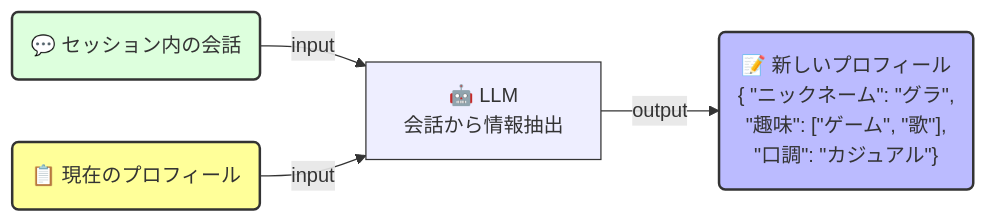
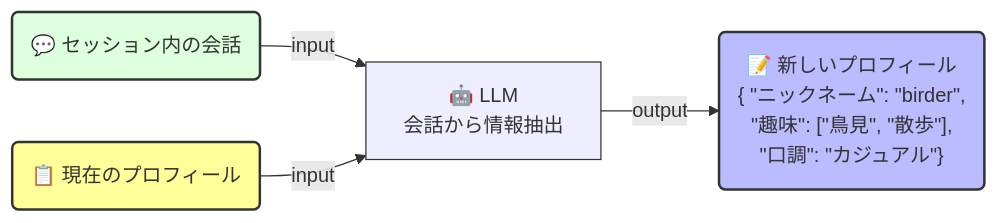
Before and after one commit to birdwatcherYT/ai-talks7: the diagram in fig/profile-extraction.md, drawn with Mermaid. The commit also changed 10 other files, not shown here.

````diff
--- a/fig/profile-extraction.md
+++ b/fig/profile-extraction.md
@@ -1,18 +1,18 @@
 ```mermaid
 flowchart LR
     Conv("💬 セッション内の会話")
     Profile("📋 現在のプロフィール")
 
     LLM["🤖 LLM<br>会話から情報抽出"]
 
-    NewProfile("📝 新しいプロフィール<br>{  &quot;ニックネーム&quot;: &quot;グラ&quot;,<br>  &quot;趣味&quot;: [&quot;ゲーム&quot;, &quot;歌&quot;],<br>  &quot;口調&quot;: &quot;カジュアル&quot;}")
+    NewProfile("📝 新しいプロフィール<br>{  &quot;ニックネーム&quot;: &quot;birder&quot;,<br>  &quot;趣味&quot;: [&quot;鳥見&quot;, &quot;散歩&quot;],<br>  &quot;口調&quot;: &quot;カジュアル&quot;}")
 
     Conv -->|"input"| LLM
     Profile -->|"input"| LLM
     LLM -->|"output"| NewProfile
 
     style Conv fill:#dfd,stroke:#333,stroke-width:2px
     style Profile fill:#ff9,stroke:#333,stroke-width:2px
     style NewProfile fill:#bbf,stroke:#333,stroke-width:2px
     style LLM fill:#eef,stroke:#333
 ```
````
